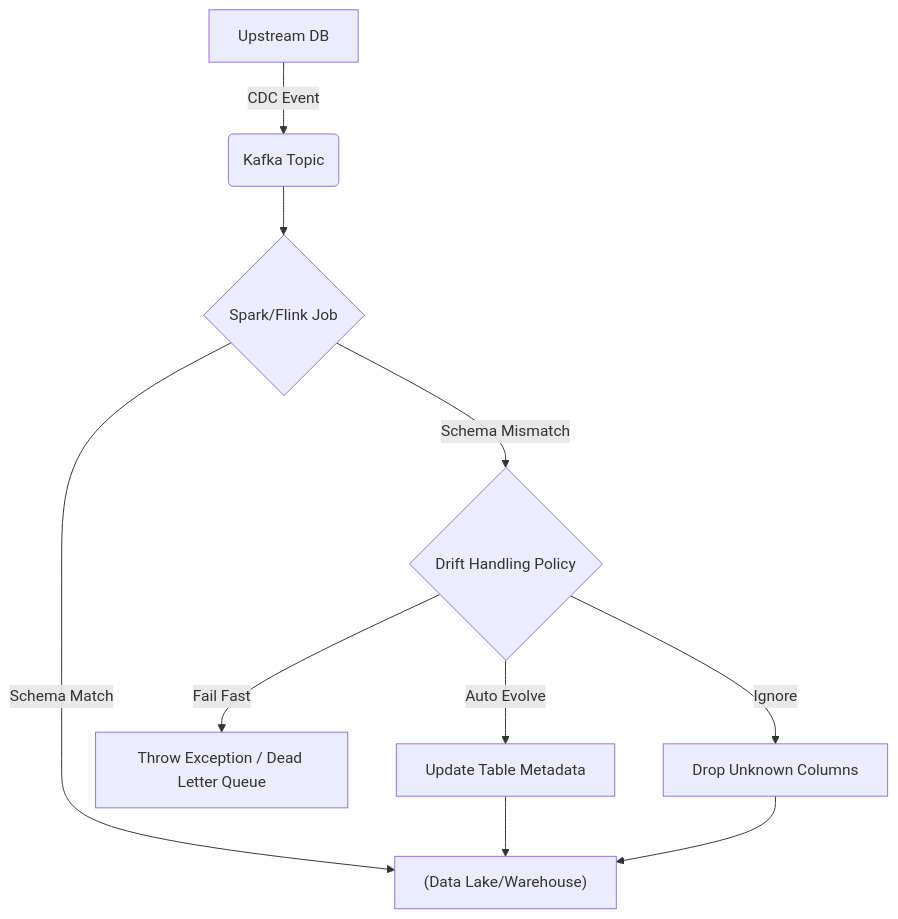
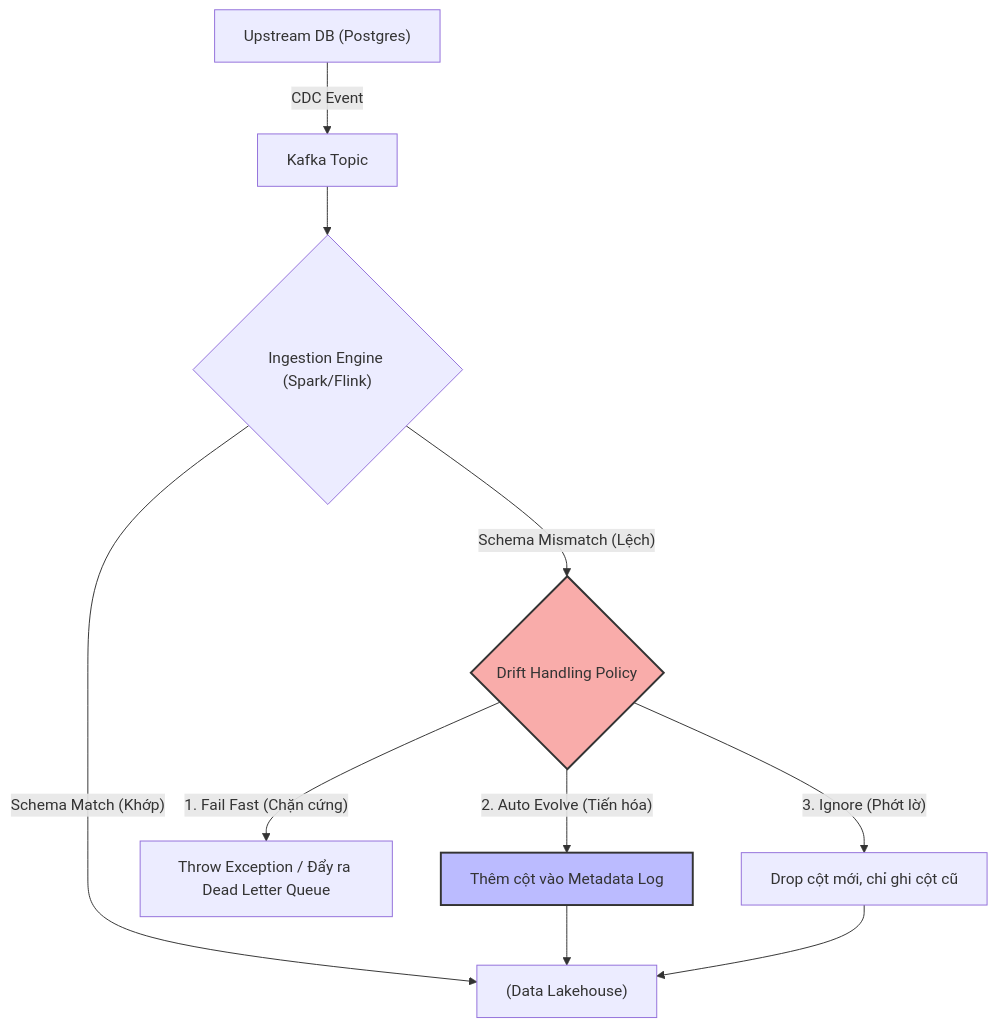
One commit to kythuatdulieu/kythuatdulieu.github.io changed the first of 2 diagrams in src/content/docs/concepts/7-dataops-orchestration-quality/schema-drift.md. Above: the diagram before and after it, drawn with Mermaid. The commit also changed other lines of this file and 228 other files, not shown here.

Commit message:
Fix syntax and rewrite 200+ concepts docs to deep-dive system architecture and add GA4 tracking to quiz app

````diff
--- a/src/content/docs/concepts/7-dataops-orchestration-quality/schema-drift.md
+++ b/src/content/docs/concepts/7-dataops-orchestration-quality/schema-drift.md
@@ -29,12 +29,16 @@
 ```mermaid
 flowchart TD
-    A["Upstream DB"] -->|CDC Event| B("Kafka Topic")
-    B --> C{Spark/Flink Job}
-    C -->|Schema Match| D["(Data Lake/Warehouse)"]
-    C -->|Schema Mismatch| E{Drift Handling Policy}
-    E -->|Fail Fast| F["Throw Exception / Dead Letter Queue"]
-    E -->|Auto Evolve| G["Update Table Metadata"]
+    A["Upstream DB (Postgres)"] -->|CDC Event| B["Kafka Topic"]
+    B --> C{"Ingestion Engine (Spark/Flink)"}
+    C -->|"Schema Match (Khớp)"| D["(Data Lakehouse)"]
+    C -->|"Schema Mismatch (Lệch)"| E{"Drift Handling Policy"}
+    
+    E -->|"1. Fail Fast (Chặn cứng)"| F["Throw Exception / Đẩy ra Dead Letter Queue"]
+    E -->|"2. Auto Evolve (Tiến hóa)"| G["Thêm cột vào Metadata Log"]
     G --> D
-    E -->|Ignore| H["Drop Unknown Columns"]
+    E -->|"3. Ignore (Phớt lờ)"| H["Drop cột mới, chỉ ghi cột cũ"]
     H --> D
+    
+    style E fill:#f9acaa,stroke:#333,stroke-width:2px
+    style G fill:#bbf,stroke:#333,stroke-width:2px
 ```
````
